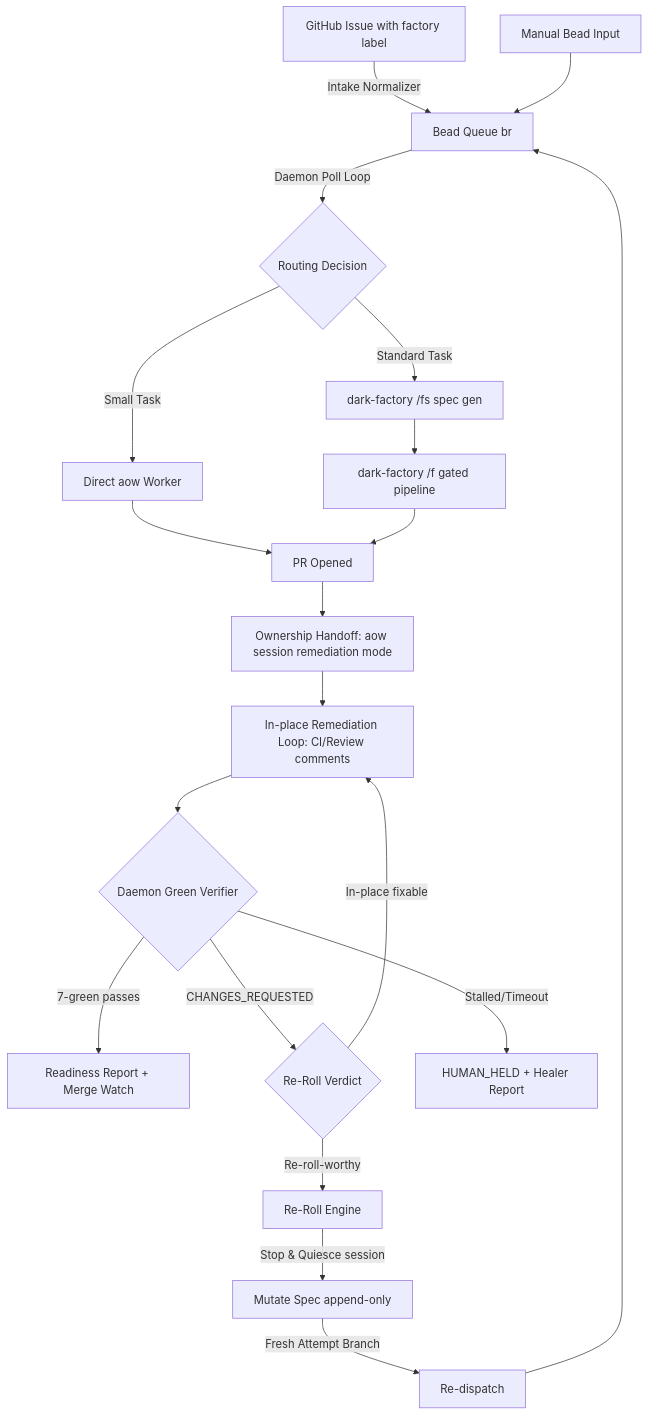
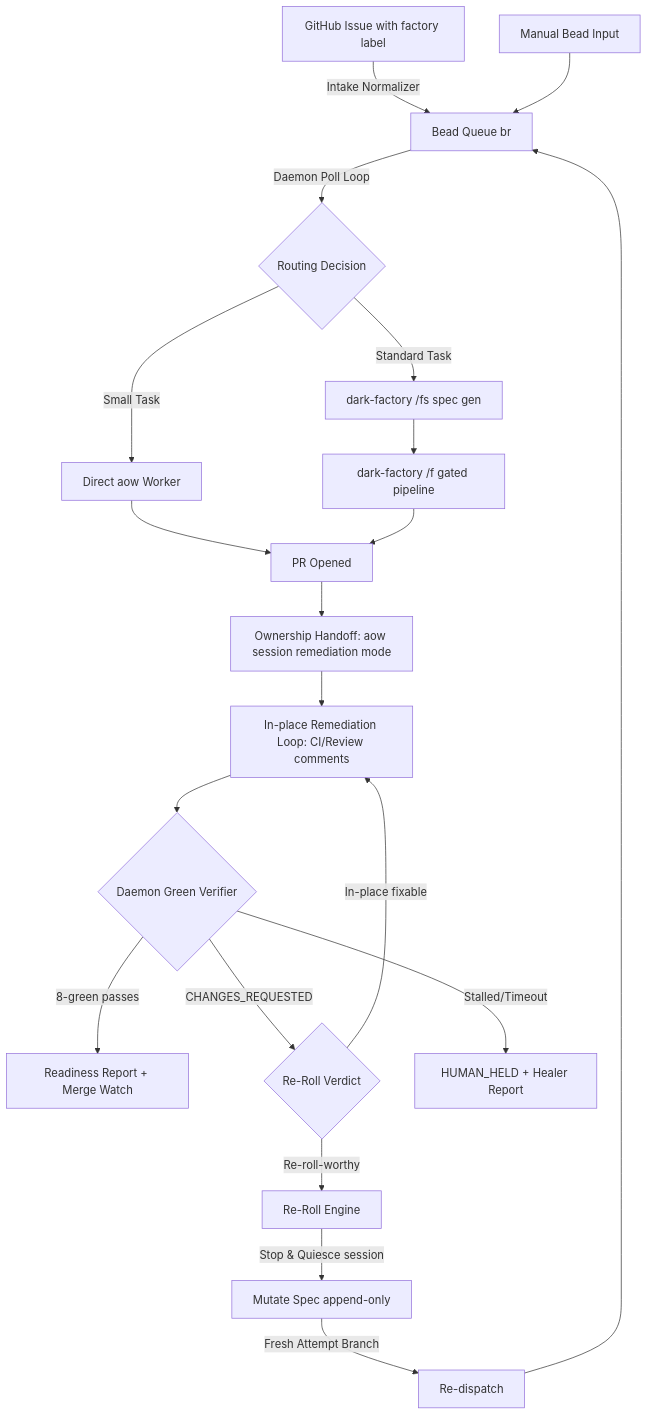
Before and after one commit to jleechanorg/dark-factory: the diagram in docs/auto-factory-daemon-spec.md, drawn with Mermaid. The commit also changed other lines of this file and 3 other files, not shown here.

````diff
--- a/docs/auto-factory-daemon-spec.md
+++ b/docs/auto-factory-daemon-spec.md
@@ -107,22 +107,22 @@
 ```mermaid
 graph TD
     A[GitHub Issue with factory label] -->|Intake Normalizer| B[Bead Queue br]
     Z[Manual Bead Input] --> B
     B -->|Daemon Poll Loop| C{Routing Decision}
     C -->|Small Task| D[Direct aow Worker]
     C -->|Standard Task| E[dark-factory /fs spec gen]
     E --> F[dark-factory /f gated pipeline]
     D --> G[PR Opened]
     G --> H[Ownership Handoff: aow session remediation mode]
     F --> G
     H --> I[In-place Remediation Loop: CI/Review comments]
     I --> J{Daemon Green Verifier}
-    J -->|7-green passes| K[Readiness Report + Merge Watch]
+    J -->|8-green passes| K[Readiness Report + Merge Watch]
     J -->|CHANGES_REQUESTED| L{Re-Roll Verdict}
     L -->|In-place fixable| I
     L -->|Re-roll-worthy| M[Re-Roll Engine]
     M -->|Stop & Quiesce session| N[Mutate Spec append-only]
     N -->|Fresh Attempt Branch| O[Re-dispatch]
     O --> B
     J -->|Stalled/Timeout| P[HUMAN_HELD + Healer Report]
 ```
````
